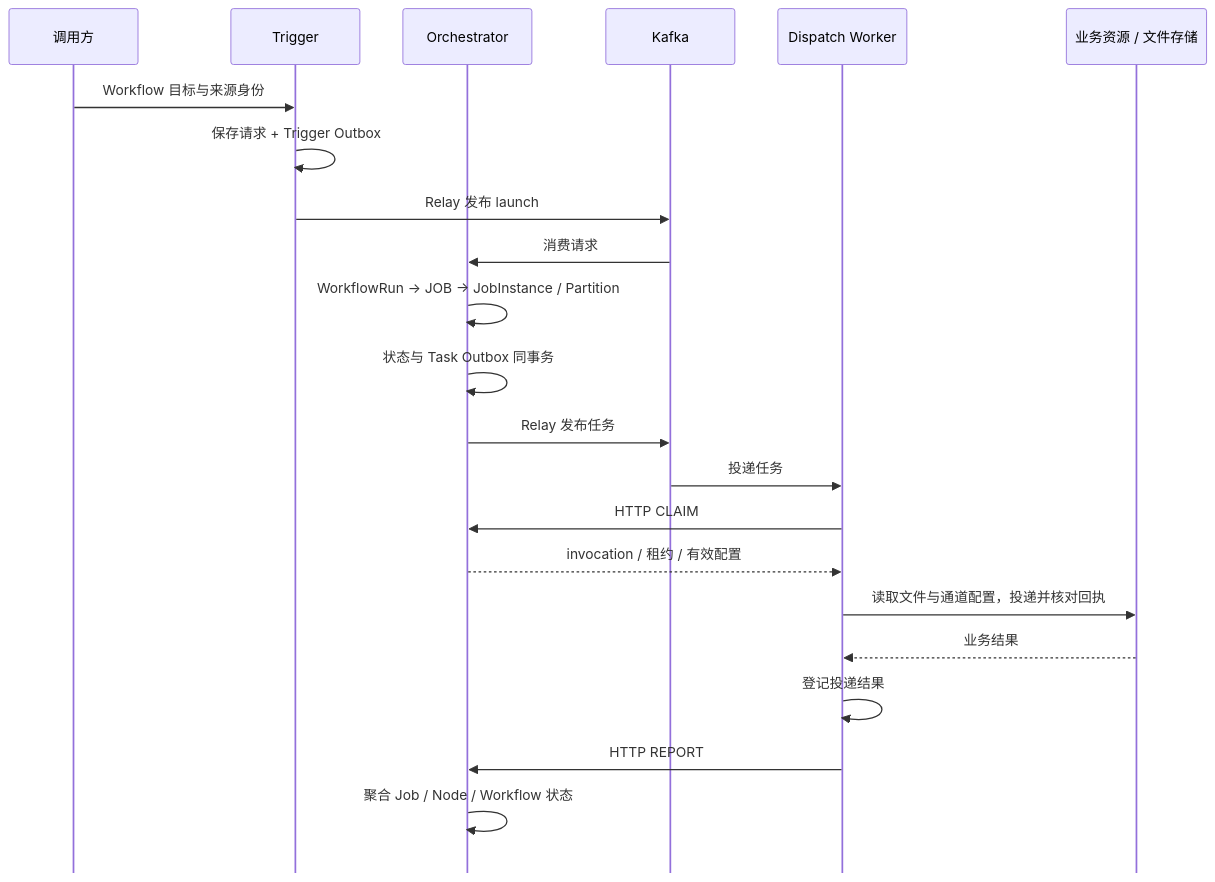
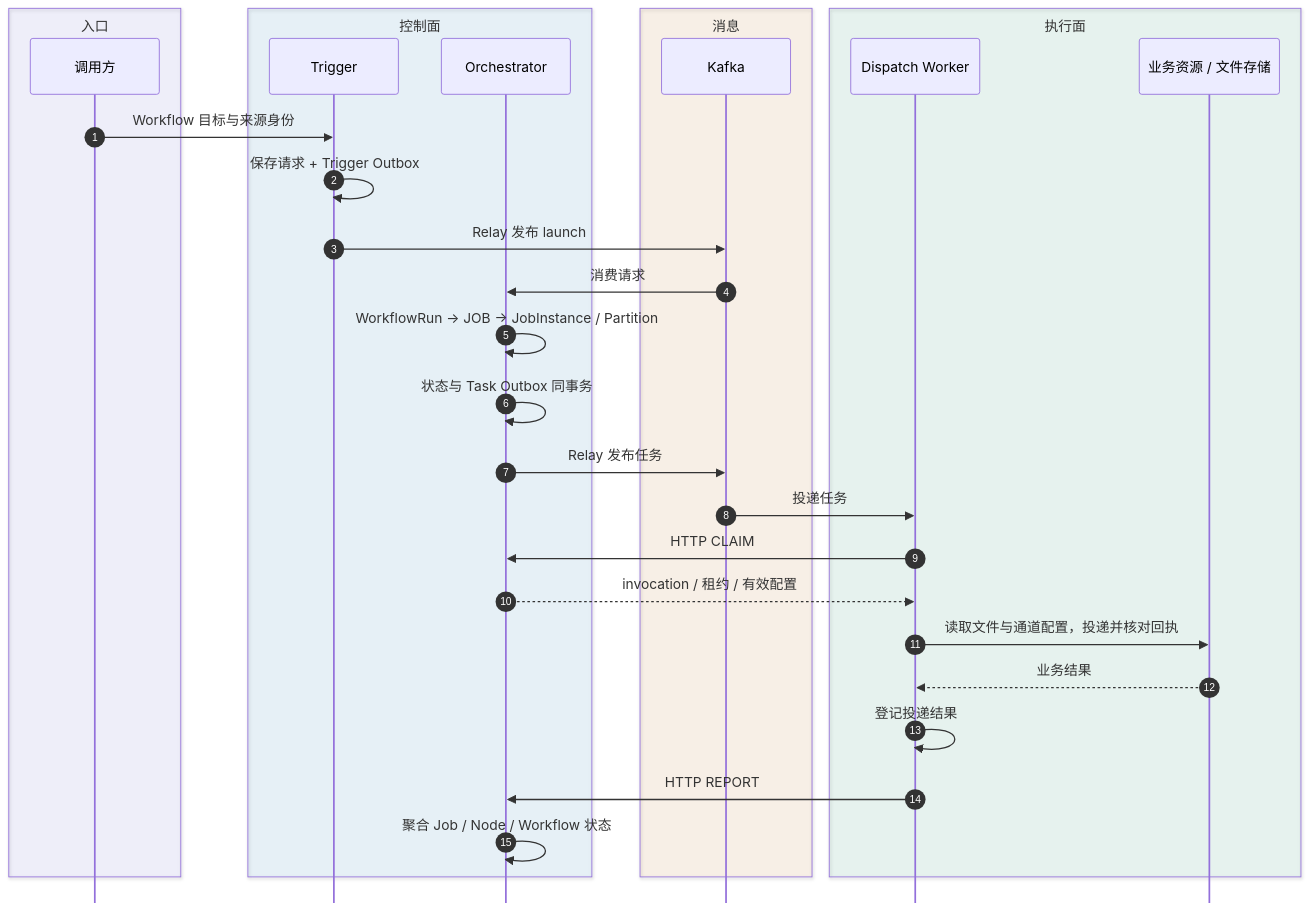
One commit to pinpols/file-batch-system changed diagram 17 of 23 in docs/architecture/system-flow-overview.md. Above: the diagram before and after it, drawn with Mermaid. The commit also changed other lines of this file and 11 other files, not shown here.

First line of the commit message:
docs(diagram): P2 文档图按图例统一并按源码核对状态机 (#1383)

````diff
--- a/docs/architecture/system-flow-overview.md
+++ b/docs/architecture/system-flow-overview.md
@@ -578,25 +610,34 @@
 ```mermaid
 %%{init: {"flowchart":{"curve":"linear","nodeSpacing":32,"rankSpacing":48},"sequence":{"mirrorActors":false}}}%%
 sequenceDiagram
-  participant C as 调用方
-  participant T as Trigger
-  participant O as Orchestrator
-  participant K as Kafka
-  participant W as Dispatch Worker
-  participant B as 业务资源 / 文件存储
+  autonumber
+  box rgba(99,102,241,0.08) 入口
+    participant C as 调用方
+  end
+  box rgba(2,132,199,0.08) 控制面
+    participant T as Trigger
+    participant O as Orchestrator
+  end
+  box rgba(217,119,6,0.08) 消息
+    participant K as Kafka
+  end
+  box rgba(5,150,105,0.08) 执行面
+    participant W as Dispatch Worker
+    participant B as 业务资源 / 文件存储
+  end
   C->>T: Workflow 目标与来源身份
   T->>T: 保存请求 + Trigger Outbox
   T->>K: Relay 发布 launch
   K->>O: 消费请求
   O->>O: WorkflowRun → JOB → JobInstance / Partition
   O->>O: 状态与 Task Outbox 同事务
   O->>K: Relay 发布任务
   K->>W: 投递任务
   W->>O: HTTP CLAIM
   O-->>W: invocation / 租约 / 有效配置
   W->>B: 读取文件与通道配置，投递并核对回执
   B-->>W: 业务结果
   W->>W: 登记投递结果
   W->>O: HTTP REPORT
   O->>O: 聚合 Job / Node / Workflow 状态
 ```
````
